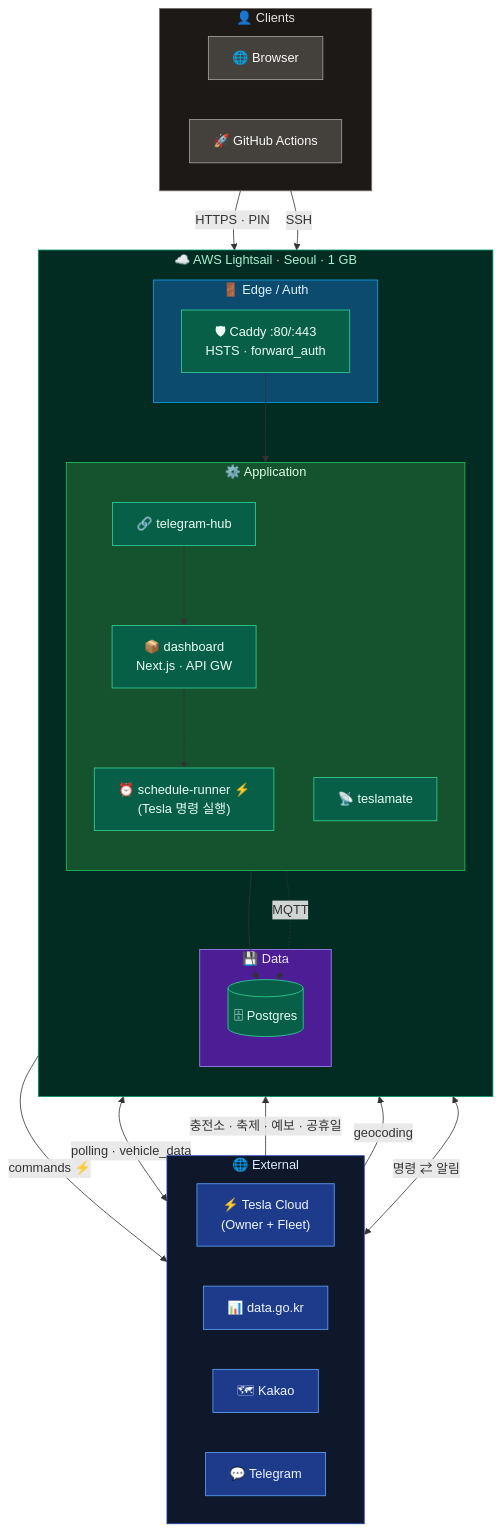
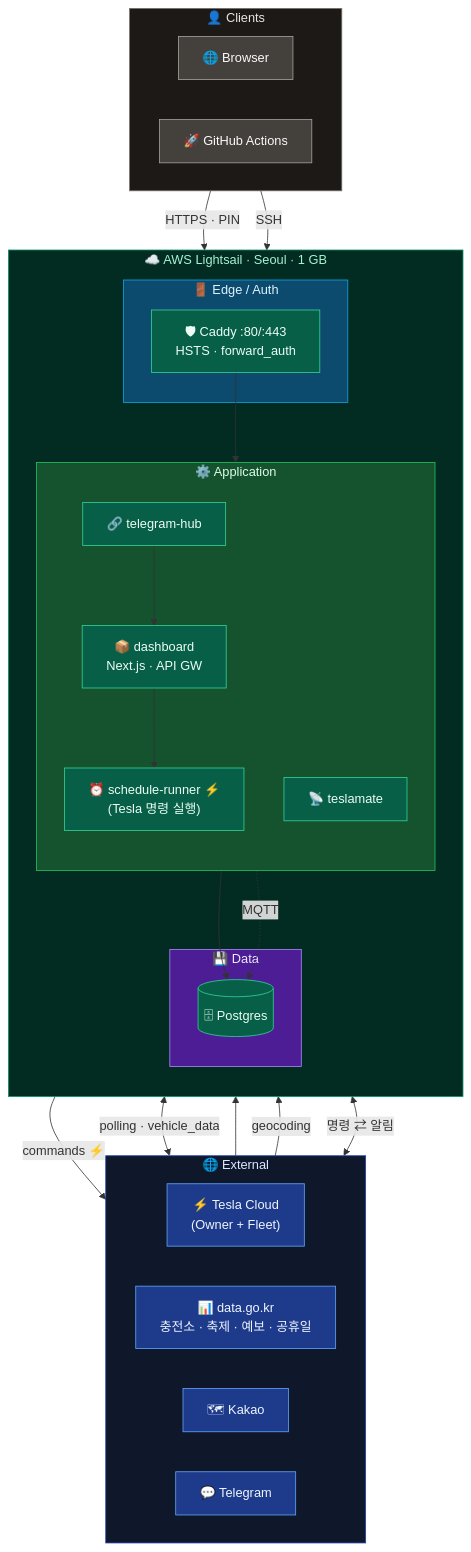
Before and after one commit to ComMslee/myDash: the diagram in README.md, drawn with Mermaid.

Commit message:
docs(readme): data.go.kr 박스 안에 항목 표기 (충전소·축제·예보·공휴일)

````diff
--- a/README.md
+++ b/README.md
@@ -18,59 +18,59 @@
 ```mermaid
 flowchart TD
     subgraph EXT["🌐 External"]
         direction LR
         Tesla["⚡ Tesla Cloud<br/>(Owner + Fleet)"]
-        Gov["📊 data.go.kr"]
+        Gov["📊 data.go.kr<br/>충전소 · 축제 · 예보 · 공휴일"]
         Kakao["🗺 Kakao"]
         TG["💬 Telegram"]
     end
 
     subgraph CLI["👤 Clients"]
         direction LR
         Browser["🌐 Browser"]
         GHA["🚀 GitHub Actions"]
     end
 
     subgraph LS["☁️ AWS Lightsail · Seoul · 1 GB"]
         direction TB
         subgraph Edge["🚪 Edge / Auth"]
             Caddy["🛡 Caddy :80/:443<br/>HSTS · forward_auth"]
         end
         subgraph App["⚙️ Application"]
             direction TB
             Dashboard["📦 dashboard<br/>Next.js · API GW"]
             Scheduler["⏰ schedule-runner ⚡<br/>(Tesla 명령 실행)"]
             Hub["🔗 telegram-hub"]
             TM["📡 teslamate"]
         end
         subgraph Data["💾 Data"]
             DB[("🗄 Postgres")]
         end
         Caddy --> Dashboard
         Dashboard --> Scheduler
         Hub --> Dashboard
         Dashboard --> DB
         TM -. MQTT .-> DB
     end
 
     Tesla   <-->|"polling · vehicle_data"| TM
     Scheduler -->|"commands ⚡"| Tesla
-    Gov     -->|"충전소 · 축제 · 예보 · 공휴일"| Dashboard
+    Gov     --> Dashboard
     Kakao   -->|"geocoding"| Dashboard
     TG      <-->|"명령 ⇄ 알림"| Hub
     Browser -->|"HTTPS · PIN"| Caddy
     GHA     -->|"SSH"| Caddy
 
     classDef ext fill:#1e3a8a,stroke:#60a5fa,color:#eff6ff
     classDef ls fill:#065f46,stroke:#34d399,color:#ecfdf5
     classDef cli fill:#44403c,stroke:#a8a29e,color:#fafaf9
     class Tesla,Gov,Kakao,TG ext
     class Caddy,Dashboard,Scheduler,Hub,TM,DB ls
     class Browser,GHA cli
     style EXT fill:#0f172a,stroke:#1e40af,color:#dbeafe
     style CLI fill:#1c1917,stroke:#78716c,color:#e7e5e4
     style LS fill:#022c22,stroke:#059669,color:#a7f3d0
     style Edge fill:#0c4a6e,stroke:#0ea5e9,color:#e0f2fe
     style App fill:#14532d,stroke:#22c55e,color:#dcfce7
     style Data fill:#4c1d95,stroke:#a78bfa,color:#ede9fe
 ```
````
